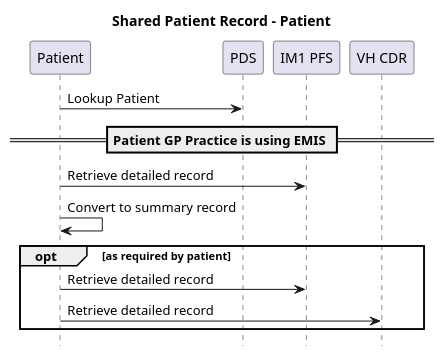
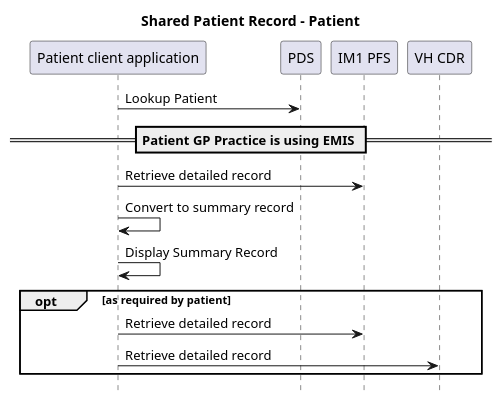
One commit to Virtually-Healthcare/virtually-healthcare.github.com changed the diagram in input/images-source/shared-patient-record-usecase-patient-sequence.plantuml. Above: the diagram before and after it, drawn with PlantUML. The commit also changed 2 other files, not shown here.

Commit message:
Updated shared patient record sequence diagrams

```diff
--- a/input/images-source/shared-patient-record-usecase-patient-sequence.plantuml
+++ b/input/images-source/shared-patient-record-usecase-patient-sequence.plantuml
@@ -1,21 +1,22 @@
 @startuml
 
 hide footbox
 
 title "Shared Patient Record - Patient"
 
-participant "Patient" as patient
+participant "Patient client application" as patient
 participant "PDS" as pds
 participant "IM1 PFS" as PFS
 participant "VH CDR" as CDR
 
 patient -> pds : Lookup Patient
 == Patient GP Practice is using EMIS ==
 patient -> PFS: Retrieve detailed record
 patient -> patient: Convert to summary record
+patient -> patient: Display Summary Record
 opt as required by patient
 patient -> PFS: Retrieve detailed record
 patient -> CDR: Retrieve detailed record
 end
 
 @enduml
```
